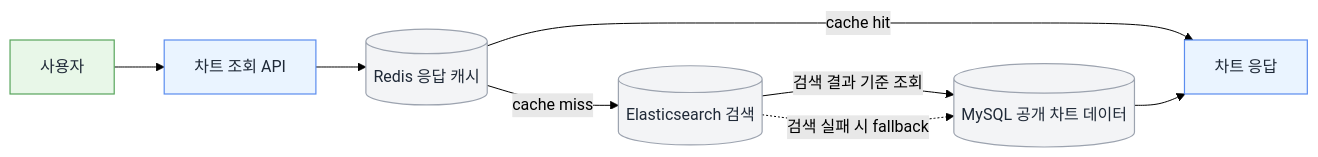
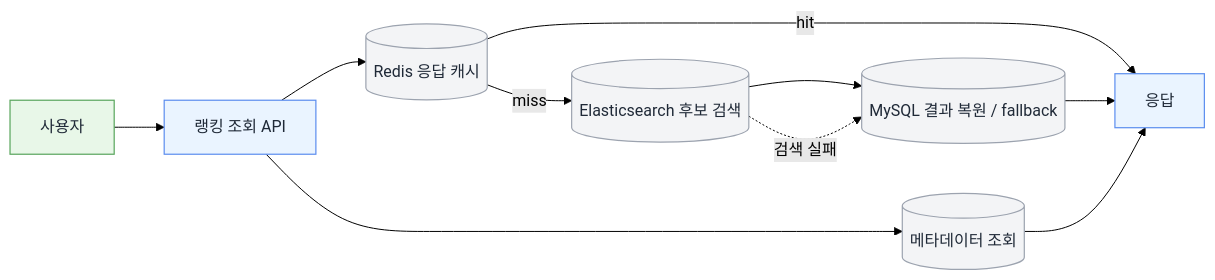
The third of 3 diagrams in README.md (joohyeongzz81/hipster), drawn with Mermaid (forest theme) before and after one commit. The commit also changed other lines of this file and 7 other files, not shown here.

````diff
--- a/README.md
+++ b/README.md
@@ -213,24 +315,27 @@
 ```mermaid
 flowchart LR
     USER[사용자]
-    API[차트 조회 API]
+    API[랭킹 조회 API]
     REDIS[(Redis 응답 캐시)]
-    ES[(Elasticsearch 검색)]
-    MYSQL[(MySQL 공개 차트 데이터)]
-    RESP[차트 응답]
+    ES[(Elasticsearch 후보 검색)]
+    MYSQL[(MySQL 결과 복원 / fallback)]
+    META[(메타데이터 조회)]
+    RESP[응답]
 
     USER --> API --> REDIS
-    REDIS -->|cache hit| RESP
-    REDIS -->|cache miss| ES
-    ES -->|검색 결과 기준 조회| MYSQL
-    ES -.->|검색 실패 시 fallback| MYSQL
+    REDIS -->|hit| RESP
+    REDIS -->|miss| ES
+    ES --> MYSQL
+    ES -.->|검색 실패| MYSQL
+    API --> META
     MYSQL --> RESP
+    META --> RESP
 
     classDef process fill:#eaf4ff,stroke:#5b8def,color:#1f2937,stroke-width:1.2px;
     classDef store fill:#f3f4f6,stroke:#9ca3af,color:#1f2937,stroke-width:1.2px;
     classDef external fill:#e8f7e8,stroke:#58a55c,color:#1f2937,stroke-width:1.2px;
 
     class API,RESP process;
-    class REDIS,ES,MYSQL store;
+    class REDIS,ES,MYSQL,META store;
     class USER external;
 ```
````
